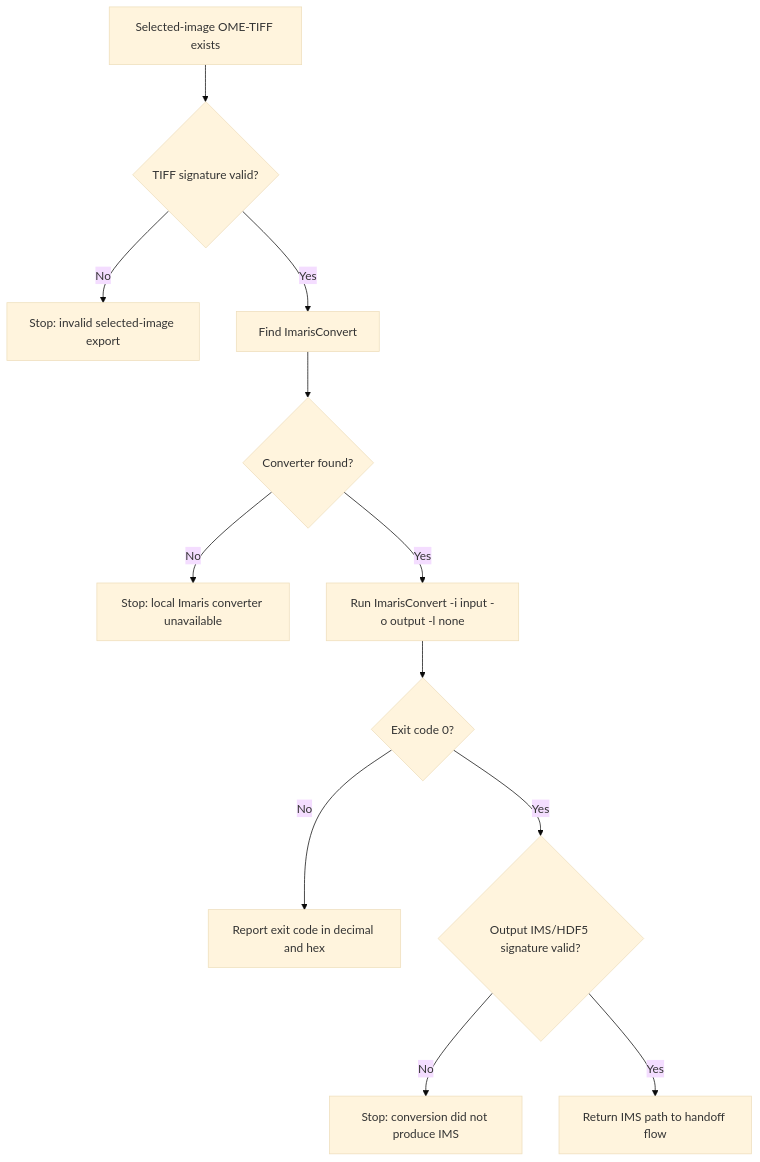
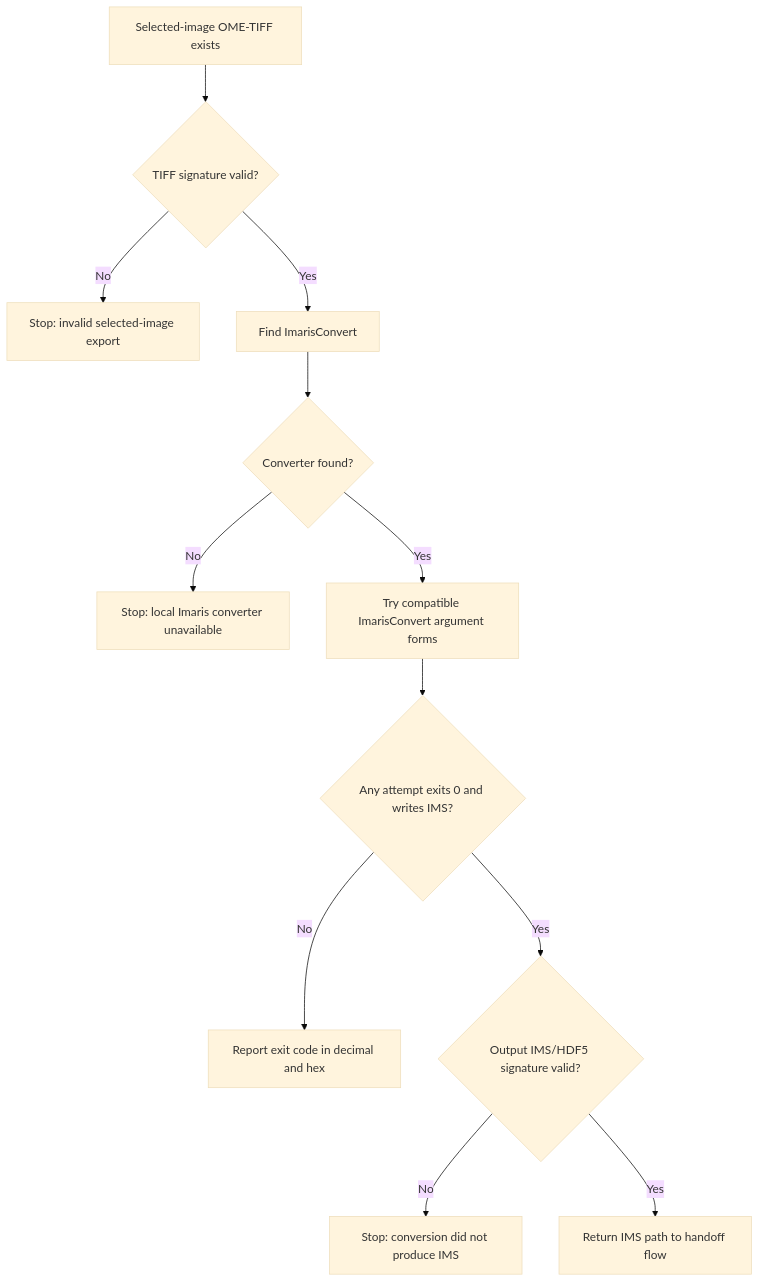
One commit to ZMB-UZH/omero-docker-extended changed the seventh of 9 diagrams in docs/plugins/imaris-connector-workflow.md. Above: the diagram before and after it, drawn with Mermaid (base theme). The commit also changed 3 other files, not shown here.

````diff
--- a/docs/plugins/imaris-connector-workflow.md
+++ b/docs/plugins/imaris-connector-workflow.md
@@ -190,14 +190,14 @@
 ```mermaid
 flowchart TD
     A[Selected-image OME-TIFF exists] --> B{TIFF signature valid?}
     B -->|No| C[Stop: invalid selected-image export]
     B -->|Yes| D[Find ImarisConvert]
     D --> E{Converter found?}
     E -->|No| F[Stop: local Imaris converter unavailable]
-    E -->|Yes| G[Run ImarisConvert -i input -o output -l none]
-    G --> H{Exit code 0?}
+    E -->|Yes| G[Try compatible ImarisConvert argument forms]
+    G --> H{Any attempt exits 0 and writes IMS?}
     H -->|No| I[Report exit code in decimal and hex]
     H -->|Yes| J{Output IMS/HDF5 signature valid?}
     J -->|No| K[Stop: conversion did not produce IMS]
     J -->|Yes| L[Return IMS path to handoff flow]
 ```
````
